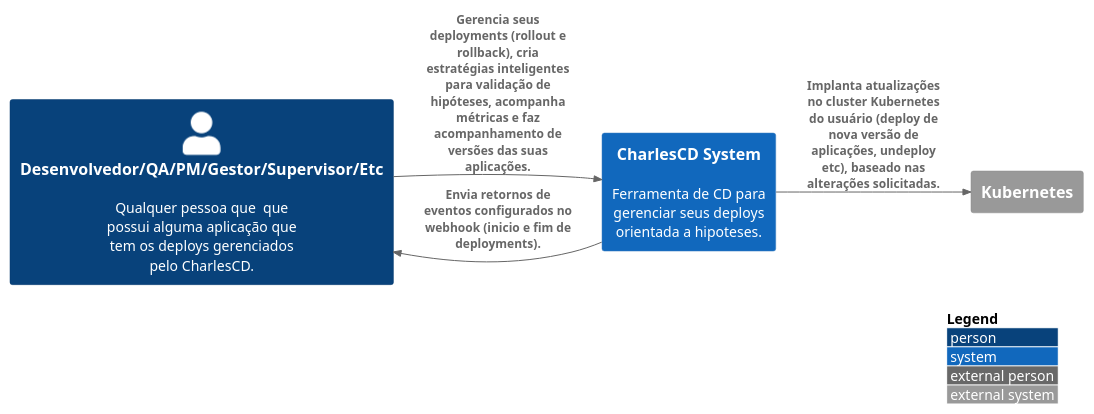
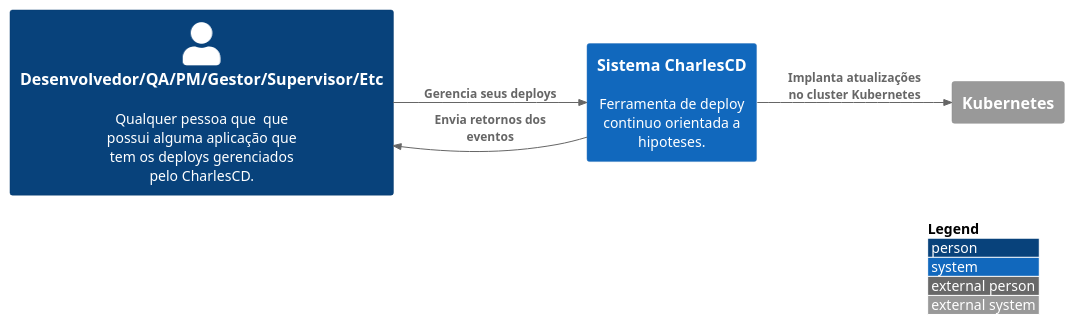
One commit to ZupIT/charlescd-c4model changed the diagram in en/src/C1 -  Context/c1.puml. Above: the diagram before and after it, drawn with PlantUML. The commit also changed 15 other files, not shown here.

```diff
--- a/en/src/C1 -  Context/c1.puml
+++ b/en/src/C1 -  Context/c1.puml
@@ -1,17 +1,17 @@
 @startuml c1
 !include https://raw.githubusercontent.com/adrianvlupu/C4-PlantUML/latest/C4_Context.puml
 
 LAYOUT_WITH_LEGEND()
 LAYOUT_LEFT_RIGHT()
 
 Person(user, "Desenvolvedor/QA/PM/Gestor/Supervisor/Etc", "Qualquer pessoa que  que possui alguma aplicação que tem os deploys gerenciados pelo CharlesCD.")
 
-System(charlescd_system, "CharlesCD System", "Ferramenta de CD para gerenciar seus deploys orientada a hipoteses.")
+System(charlescd_system, "Sistema CharlesCD", "Ferramenta de deploy continuo orientada a hipoteses.")
 System_Ext(kubernetes, "Kubernetes")
 
-Rel(user, charlescd_system, "Gerencia seus deployments (rollout e rollback), cria estratégias inteligentes para validação de hipóteses, acompanha métricas e faz acompanhamento de versões das suas aplicações.")
-Rel(charlescd_system, kubernetes, "Implanta atualizações no cluster Kubernetes do usuário (deploy de nova versão de aplicações, undeploy etc), baseado nas alterações solicitadas.")
-Rel(charlescd_system, user, "Envia retornos de eventos configurados no webhook (inicio e fim de deployments).")
+Rel(user, charlescd_system, "Gerencia seus deploys")
+Rel(charlescd_system, kubernetes, "Implanta atualizações no cluster Kubernetes")
+Rel(charlescd_system, user, "Envia retornos dos eventos")
 
 
 @enduml
```
